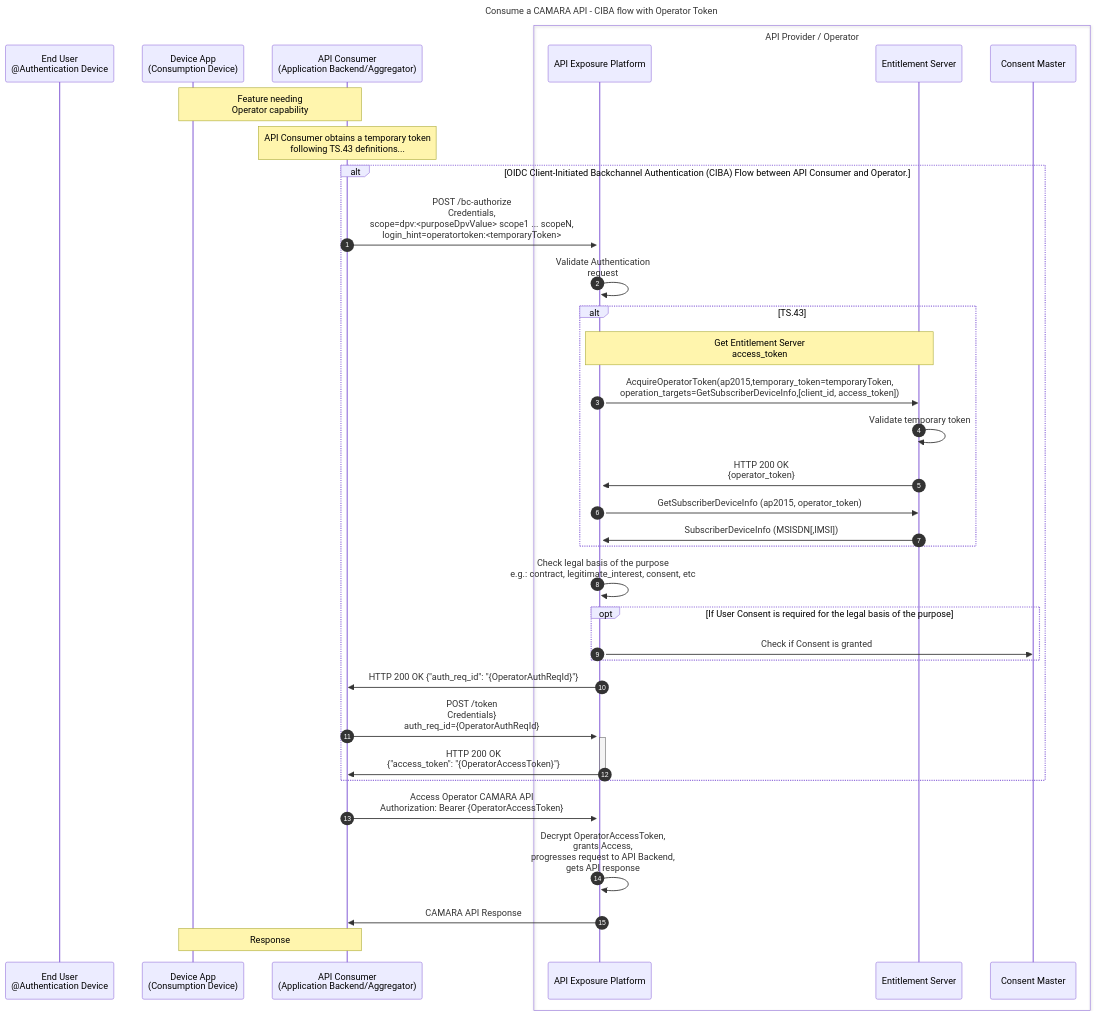
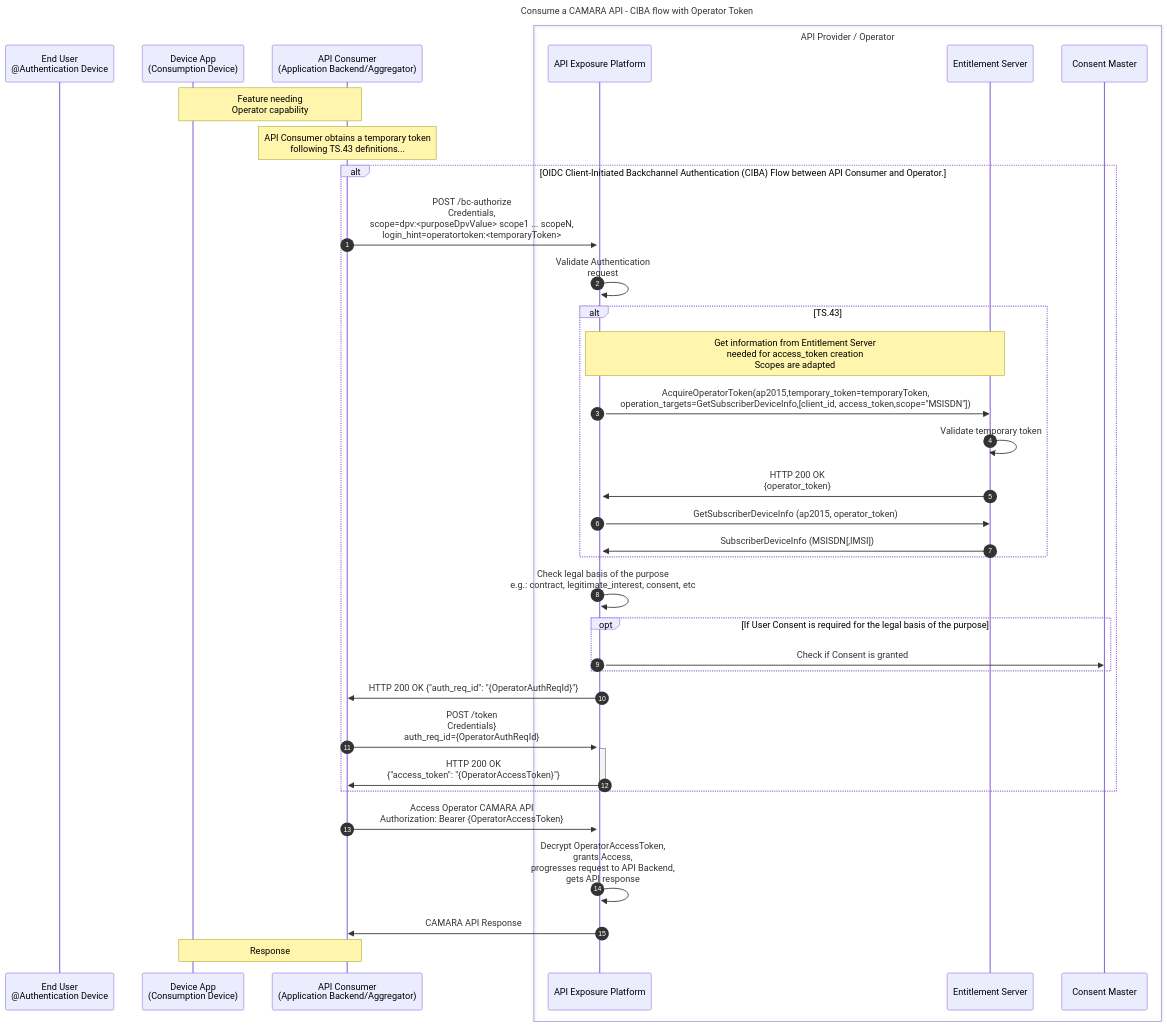
Before and after one commit to camaraproject/IdentityAndConsentManagement: the third of 4 diagrams in documentation/CAMARA-API-access-and-user-consent.md, drawn with Mermaid. The commit also changed other lines of this file and 1 other file, not shown here.

````diff
--- a/documentation/CAMARA-API-access-and-user-consent.md
+++ b/documentation/CAMARA-API-access-and-user-consent.md
@@ -301,40 +301,40 @@
 ```mermaid
 sequenceDiagram
 autonumber
 title Consume a CAMARA API - CIBA flow with Operator Token
 participant User as End User<br>@Authentication Device
 participant FE as Device App<br>(Consumption Device)
 participant BE as API Consumer<br>(Application Backend/Aggregator)  
 box API Provider / Operator
   participant ExpO as API Exposure Platform
   participant ES as Entitlement Server  
   participant Consent as Consent Master
 end
 
 Note over FE,BE: Feature needing<br>Operator capability  
 Note over BE: API Consumer obtains a temporary token<br>following TS.43 definitions...  
 
 alt OIDC Client-Initiated Backchannel Authentication (CIBA) Flow between API Consumer and Operator.
   BE->>+ExpO: POST /bc-authorize<br>Credentials,<br>scope=dpv:<purposeDpvValue> scope1 ... scopeN,<br>login_hint=operatortoken:<temporaryToken>    
   ExpO->>ExpO: Validate Authentication<br>request
   alt TS.43
-    Note over ExpO,ES: Get Entitlement Server<br> access_token
-    ExpO->>ES: AcquireOperatorToken(ap2015,temporary_token=temporaryToken,<br>operation_targets=GetSubscriberDeviceInfo,[client_id, access_token]) 
+    Note over ExpO,ES: Get information from Entitlement Server<br> needed for access_token creation<br>Scopes are adapted
+    ExpO->>ES: AcquireOperatorToken(ap2015,temporary_token=temporaryToken,<br>operation_targets=GetSubscriberDeviceInfo,[client_id, access_token,scope="MSISDN"]) 
     ES->>ES: Validate temporary token
     ES->>ExpO: HTTP 200 OK <br>{operator_token}
     ExpO->>ES: GetSubscriberDeviceInfo (ap2015, operator_token) 
     ES->>ExpO: SubscriberDeviceInfo (MSISDN[,IMSI])
   end
   ExpO->>ExpO: Check legal basis of the purpose<br> e.g.: contract, legitimate_interest, consent, etc
   opt If User Consent is required for the legal basis of the purpose  
     ExpO->>Consent: Check if Consent is granted
   end
   ExpO->>BE: HTTP 200 OK {"auth_req_id": "{OperatorAuthReqId}"}
   BE->>+ExpO: POST /token <br>Credentials}<br>auth_req_id={OperatorAuthReqId}    
   ExpO->>-BE: HTTP 200 OK <br>{"access_token": "{OperatorAccessToken}"} 
 end
 BE->>ExpO: Access Operator CAMARA API<br>Authorization: Bearer {OperatorAccessToken}    
 ExpO->>ExpO: Decrypt OperatorAccessToken,<br>grants Access,<br>progresses request to API Backend,<br>gets API response  
 ExpO->>BE: CAMARA API Response
 Note over BE,FE: Response
 ```
````
